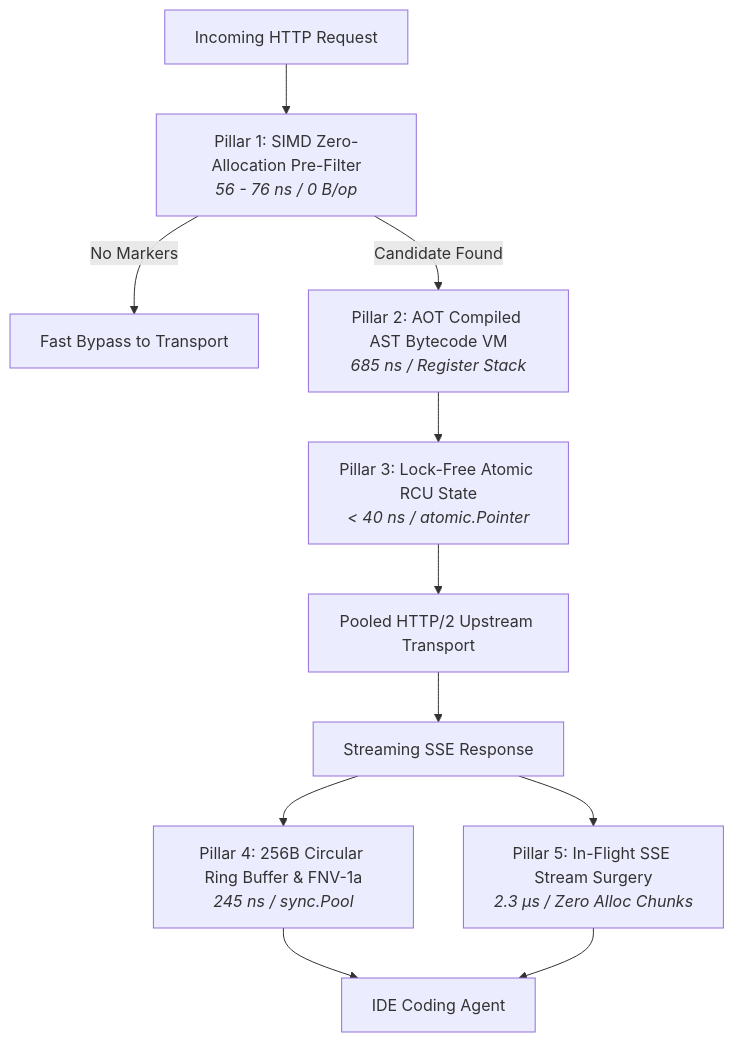
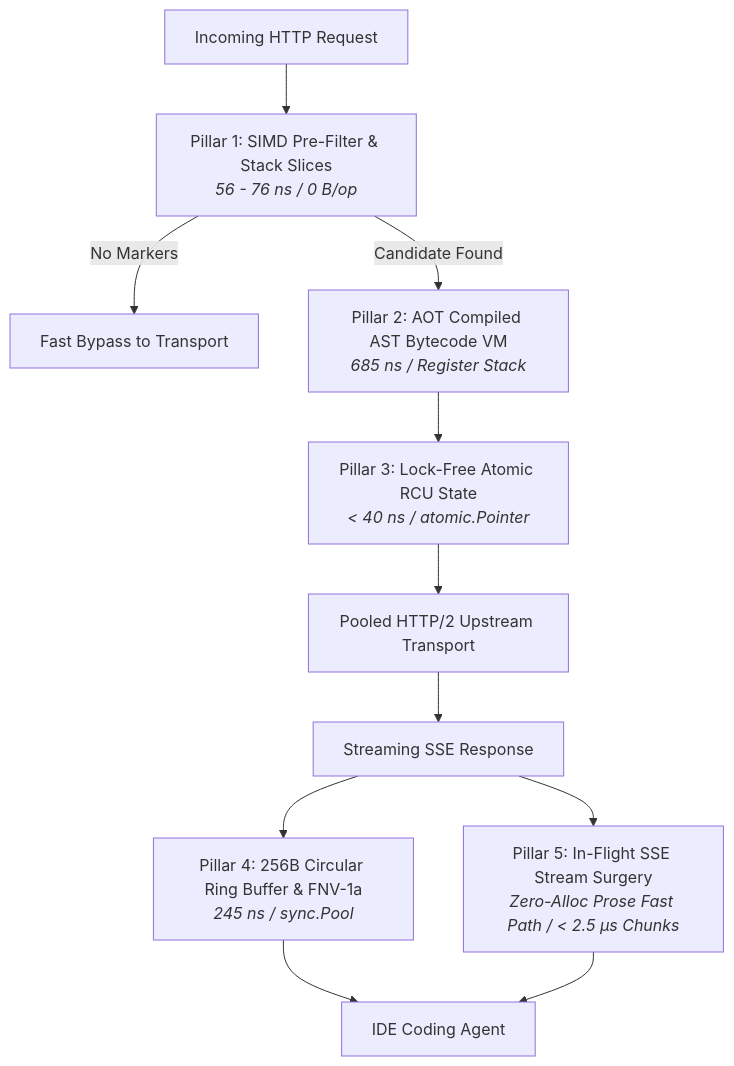
The diagram in docs/PERFORMANCE_WHITEPAPER.md (dixieflatline76/nacho-flow), drawn with Mermaid before and after one commit. The commit also changed other lines of this file and 51 other files, not shown here.

````diff
--- a/docs/PERFORMANCE_WHITEPAPER.md
+++ b/docs/PERFORMANCE_WHITEPAPER.md
@@ -104,13 +104,13 @@
 ```mermaid
 flowchart TD
-    Req[Incoming HTTP Request] --> P1[Pillar 1: SIMD Zero-Allocation Pre-Filter<br/><i>56 - 76 ns / 0 B/op</i>]
+    Req[Incoming HTTP Request] --> P1[Pillar 1: SIMD Pre-Filter & Stack Slices<br/><i>56 - 76 ns / 0 B/op</i>]
     P1 -->|No Markers| Pass[Fast Bypass to Transport]
     P1 -->|Candidate Found| P2[Pillar 2: AOT Compiled AST Bytecode VM<br/><i>685 ns / Register Stack</i>]
     P2 --> P3[Pillar 3: Lock-Free Atomic RCU State<br/><i>< 40 ns / atomic.Pointer</i>]
     P3 --> Outbound[Pooled HTTP/2 Upstream Transport]
     Outbound --> Stream[Streaming SSE Response]
     Stream --> P4[Pillar 4: 256B Circular Ring Buffer & FNV-1a<br/><i>245 ns / sync.Pool</i>]
-    Stream --> P5[Pillar 5: In-Flight SSE Stream Surgery<br/><i>2.3 µs / Zero Alloc Chunks</i>]
+    Stream --> P5[Pillar 5: In-Flight SSE Stream Surgery<br/><i>Zero-Alloc Prose Fast Path / < 2.5 µs Chunks</i>]
     P4 --> Client[IDE Coding Agent]
     P5 --> Client
 ```
````
